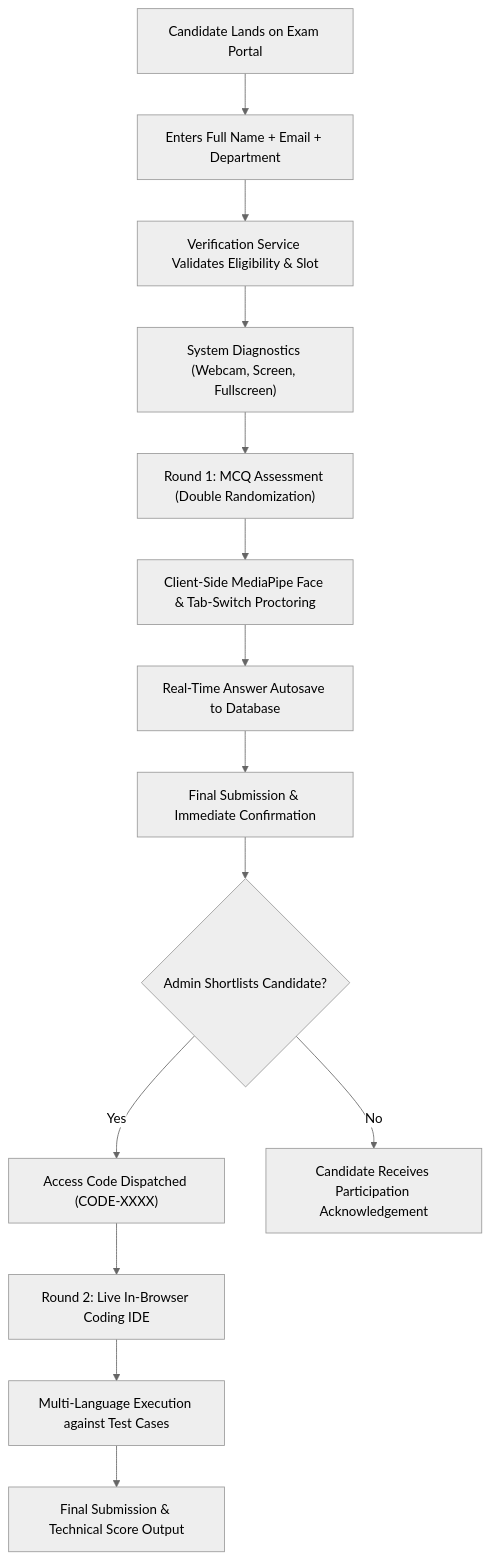
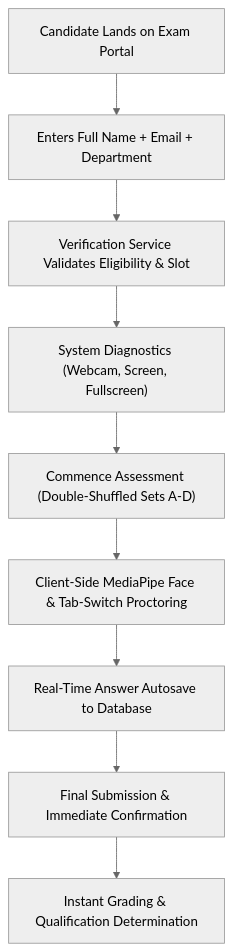
One commit to Kss-Official/KSS-EXAM-PLATFORM changed the second of 3 diagrams in PRODUCT_REQUIREMENT_DOCUMENT.md. Above: the diagram before and after it, drawn with Mermaid (neutral theme). The commit also changed other lines of this file, not shown here.

Commit message:
docs: remove Round 2 technical coding references from PRD, focus on MCQ assessment

````diff
--- a/PRODUCT_REQUIREMENT_DOCUMENT.md
+++ b/PRODUCT_REQUIREMENT_DOCUMENT.md
@@ -85,16 +88,11 @@
 ```mermaid
 flowchart TD
     A1["Candidate Lands on Exam Portal"] --> A2["Enters Full Name + Email + Department"]
     A2 --> A3["Verification Service Validates Eligibility & Slot"]
     A3 --> A4["System Diagnostics (Webcam, Screen, Fullscreen)"]
-    A4 --> A5["Round 1: MCQ Assessment (Double Randomization)"]
+    A4 --> A5["Commence Assessment (Double-Shuffled Sets A-D)"]
     A5 --> A6["Client-Side MediaPipe Face & Tab-Switch Proctoring"]
     A6 --> A7["Real-Time Answer Autosave to Database"]
     A7 --> A8["Final Submission & Immediate Confirmation"]
-    A8 --> B1{"Admin Shortlists Candidate?"}
-    B1 -- "Yes" --> B2["Access Code Dispatched (CODE-XXXX)"]
-    B2 --> B3["Round 2: Live In-Browser Coding IDE"]
-    B3 --> B4["Multi-Language Execution against Test Cases"]
-    B4 --> B5["Final Submission & Technical Score Output"]
-    B1 -- "No" --> B6["Candidate Receives Participation Acknowledgement"]
+    A8 --> A9["Instant Grading & Qualification Determination"]
 ```
````
